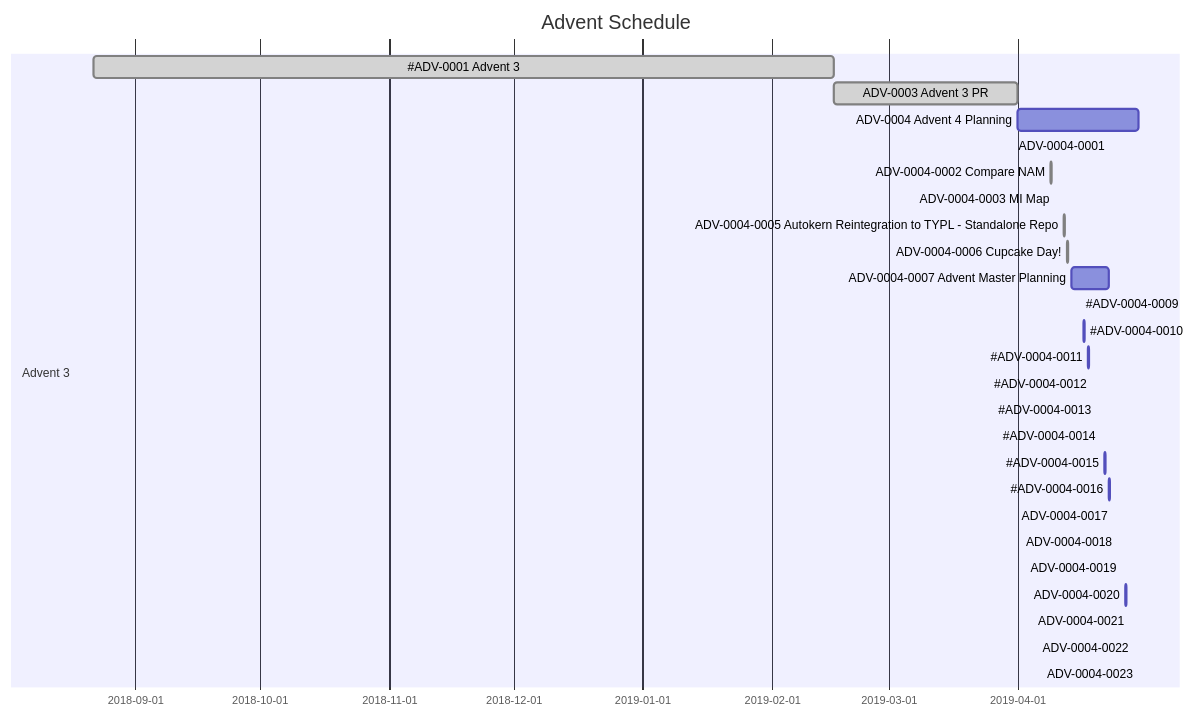
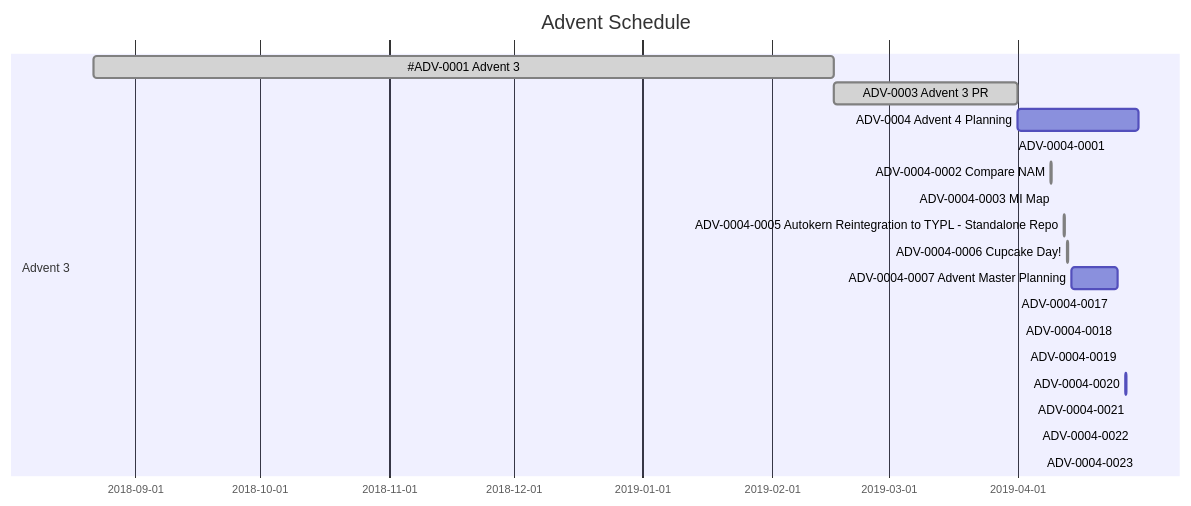
Before and after one commit to VivaRado/Advent: the second of 2 diagrams in README.md, drawn with Mermaid. The commit also changed other lines of this file and 2 other files, not shown here.

Commit message:
schedule update

````diff
--- a/README.md
+++ b/README.md
@@ -805,32 +805,24 @@
 ```mermaid
 gantt
         dateFormat  YYYY-MM-DD
         title Advent Schedule
         section Advent 3
         #ADV-0001 Advent 3:         done,des1, 2018-08-22,2019-02-16
         ADV-0003 Advent 3 PR:         done,des2, 2019-02-16, 2019-04-01
         ADV-0004 Advent 4 Planning:         des3, after des2, 2019-04-30
         ADV-0004-0001:         done, des4, 2019-03-31, 2h
         ADV-0004-0002 Compare NAM:         done, des5, 2019-04-09, 2h
         ADV-0004-0003 MI Map:         done, des6, 2019-04-10, 2h
         
         ADV-0004-0005 Autokern Reintegration to TYPL - Standalone Repo: done, des8, 2019-04-12, 6h
         ADV-0004-0006 Cupcake Day!:         done, des9, 2019-04-13, 2h
-        ADV-0004-0007 Advent Master Planning:         des10, 2019-04-14, 2019-04-23
+        ADV-0004-0007 Advent Master Planning:         des10, 2019-04-14, 2019-04-25
         
-        #ADV-0004-0009:         des12, 2019-04-16, 2h
-        #ADV-0004-0010:         des13, 2019-04-17, 2h
-        #ADV-0004-0011:         des14, 2019-04-18, 2h
-        #ADV-0004-0012:         des15, 2019-04-19, 2h
-        #ADV-0004-0013:         des16, 2019-04-20, 2h
-        #ADV-0004-0014:         des17, 2019-04-21, 2h
-        #ADV-0004-0015:         des18, 2019-04-22, 2h
-        #ADV-0004-0016:         des19, 2019-04-23, 2h
         ADV-0004-0017:         des20, 2019-04-24, 2h
         ADV-0004-0018:         des21, 2019-04-25, 2h
         ADV-0004-0019:         des22, 2019-04-26, 2h
         ADV-0004-0020:         des23, 2019-04-27, 2h
         ADV-0004-0021:         des24, 2019-04-28, 2h
         ADV-0004-0022:         des25, 2019-04-29, 2h
         ADV-0004-0023:         des26, 2019-04-30, 2h
 ```
````
